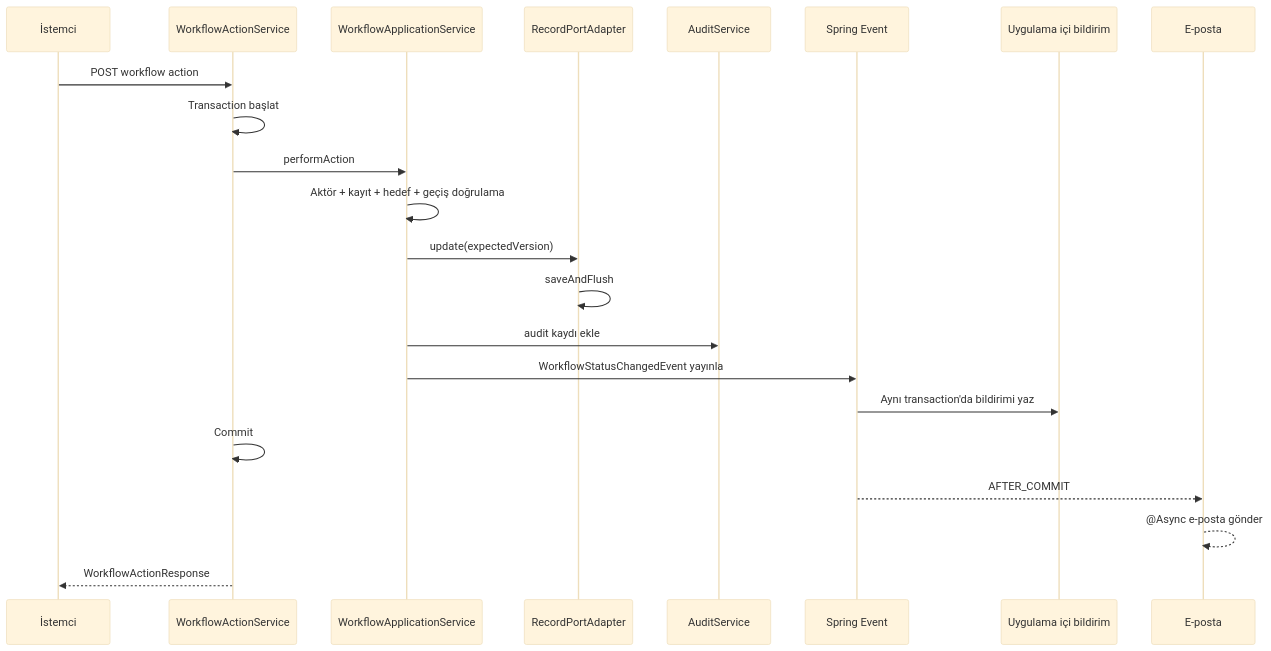
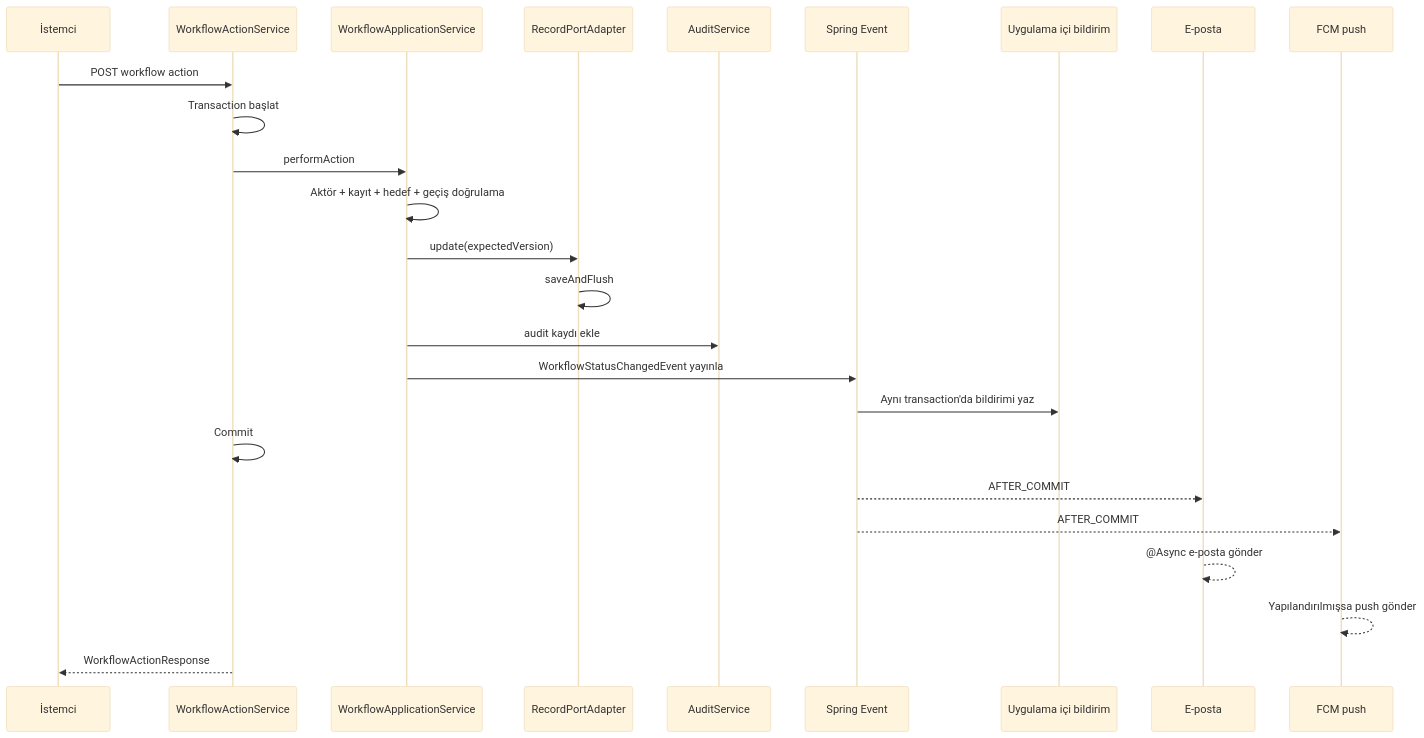
The third of 3 diagrams in docs/workflow.md (btkstajyer26/WorkFlowProject), drawn with Mermaid (base theme) before and after one commit. The commit also changed other lines of this file and 18 other files, not shown here.

````diff
--- a/docs/workflow.md
+++ b/docs/workflow.md
@@ -262,25 +263,28 @@
 ```mermaid
 sequenceDiagram
     participant C as İstemci
     participant W as WorkflowActionService
     participant A as WorkflowApplicationService
     participant R as RecordPortAdapter
     participant D as AuditService
     participant E as Spring Event
     participant N as Uygulama içi bildirim
     participant M as E-posta
+    participant P as FCM push
 
     C->>W: POST workflow action
     W->>W: Transaction başlat
     W->>A: performAction
     A->>A: Aktör + kayıt + hedef + geçiş doğrulama
     A->>R: update(expectedVersion)
     R->>R: saveAndFlush
     A->>D: audit kaydı ekle
     A->>E: WorkflowStatusChangedEvent yayınla
     E->>N: Aynı transaction'da bildirimi yaz
     W->>W: Commit
     E-->>M: AFTER_COMMIT
+    E-->>P: AFTER_COMMIT
     M-->>M: @Async e-posta gönder
+    P-->>P: Yapılandırılmışsa push gönder
     W-->>C: WorkflowActionResponse
 ```
````
